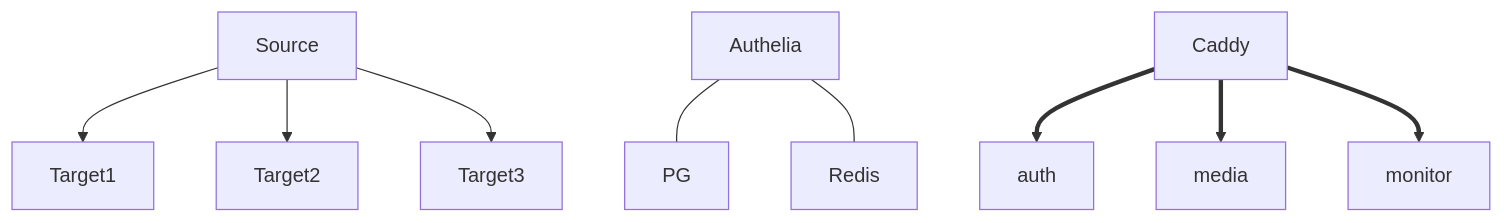
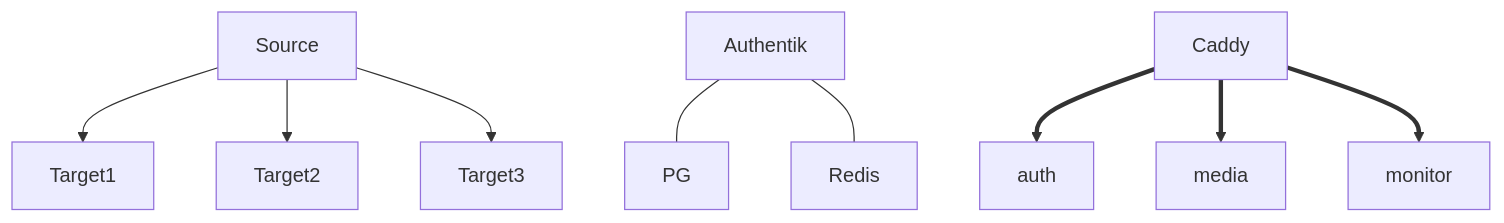
The fourth of 8 diagrams in CLAUDE.md (Mykyta-Home-Server/homeserver), drawn with Mermaid before and after one commit. The commit also changed other lines of this file and 23 other files, not shown here.

First line of the commit message:
feat: migrate from Authelia/LDAP to Authentik SSO (v3.6)

````diff
--- a/CLAUDE.md
+++ b/CLAUDE.md
@@ -384,6 +384,6 @@
 ```mermaid
 flowchart TB
     Source --> Target1 & Target2 & Target3
-    Authelia --- PG & Redis
+    Authentik --- PG & Redis
     Caddy ==> auth & media & monitor
 ```
````
